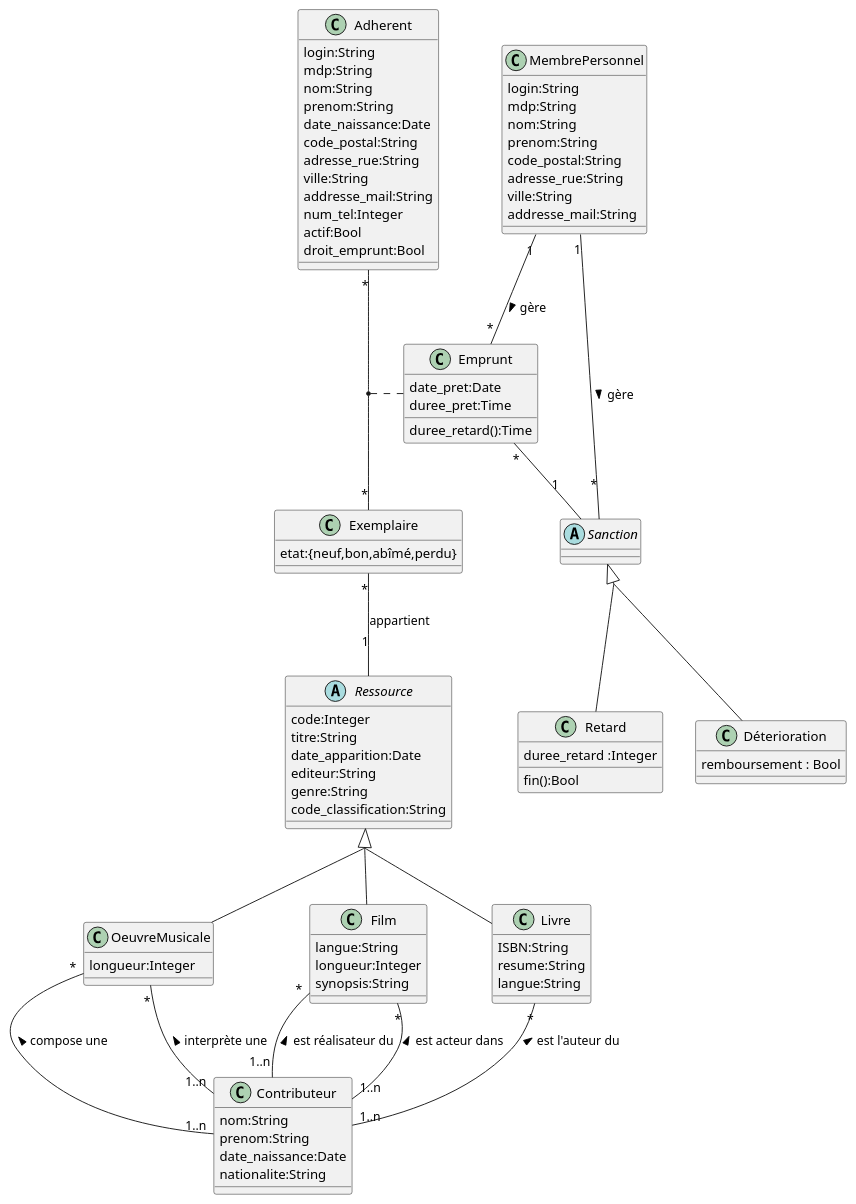
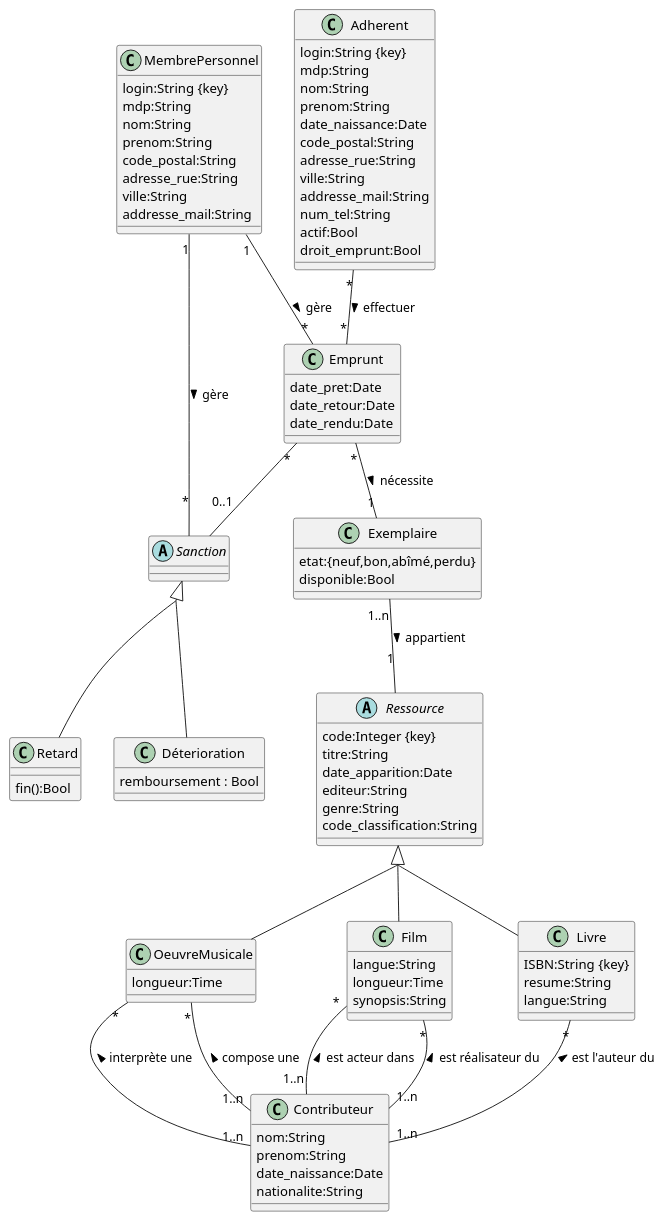
The diagram in UML.plantuml (HouzeZHANG/NF18-DataBase-Project), drawn with PlantUML before and after one commit.

```diff
--- a/UML.plantuml
+++ b/UML.plantuml
@@ -1,119 +1,115 @@
 @startuml
 abstract class Ressource{
-  code:Integer
+  code:Integer {key}
   titre:String
   date_apparition:Date
   editeur:String
   genre:String
   code_classification:String
 }
 
 
 together {
   class Livre{
-  ISBN:String
+  ISBN:String {key}
   resume:String
   langue:String
 }
 
 class Film{
   langue:String
-  longueur:Integer
+  longueur:Time
   synopsis:String
 }
 
 class OeuvreMusicale{
-  longueur:Integer
+  longueur:Time
 }
 }
 skinparam groupInheritance 2
 Ressource <|-- Livre
 Ressource <|-- Film
 Ressource <|-- OeuvreMusicale
 
 class MembrePersonnel{
-  login:String
+  login:String {key}
   mdp:String
   nom:String
   prenom:String
   code_postal:String
   adresse_rue:String
   ville:String
   addresse_mail:String
 }
 
 class Adherent{
-  login:String
+  login:String {key}
   mdp:String
   nom:String
   prenom:String
   date_naissance:Date
   code_postal:String
   adresse_rue:String
   ville:String
   addresse_mail:String
-  num_tel:Integer
+  num_tel:String
   actif:Bool
   droit_emprunt:Bool
 }
 
 class Contributeur{
   nom:String
   prenom:String
   date_naissance:Date
   nationalite:String
 }
 
 class Exemplaire{
   etat:{neuf,bon,abîmé,perdu}
+  disponible:Bool
 }
 
 
 class Emprunt{
   date_pret:Date
-  duree_pret:Time
-  duree_retard():Time
+  date_retour:Date
+  date_rendu:Date
 }
 
 abstract class Sanction{
 }
 
 together {
   class Retard{
-    duree_retard :Integer
     fin():Bool
   }
   class Déterioration{
     remboursement : Bool
   }
 }
 
 skinparam groupInheritance 2
 Sanction <|-- Retard
 Sanction <|-- Déterioration
 
 
-Exemplaire "*" -- "1" Ressource : appartient
-Adherent "*" -- "*" Exemplaire
-(Adherent,Exemplaire) .. Emprunt
-Emprunt "*" -- "1" Sanction
+Exemplaire "1..n" -- "1" Ressource : appartient >
+Emprunt "*" -- "0..1" Sanction
 
 MembrePersonnel "1" -- "*" Emprunt : gère >
 MembrePersonnel "1" -- "*" Sanction : gère >
 
 
 Contributeur "1..n" -up- "*" Livre : est l'auteur du >
 Contributeur "1..n" -up- "*" Film : est réalisateur du >
 Contributeur "1..n" -up- "*" Film : est acteur dans >
 Contributeur "1..n" -up- "*" OeuvreMusicale : compose une >
 Contributeur "1..n" -up- "*" OeuvreMusicale : interprète une >
 
-
-
-
-
+Adherent "*" -- "*" Emprunt : effectuer >
+Emprunt "*" -- "1" Exemplaire : nécessite >
 
 
 
 
 @enduml
```
